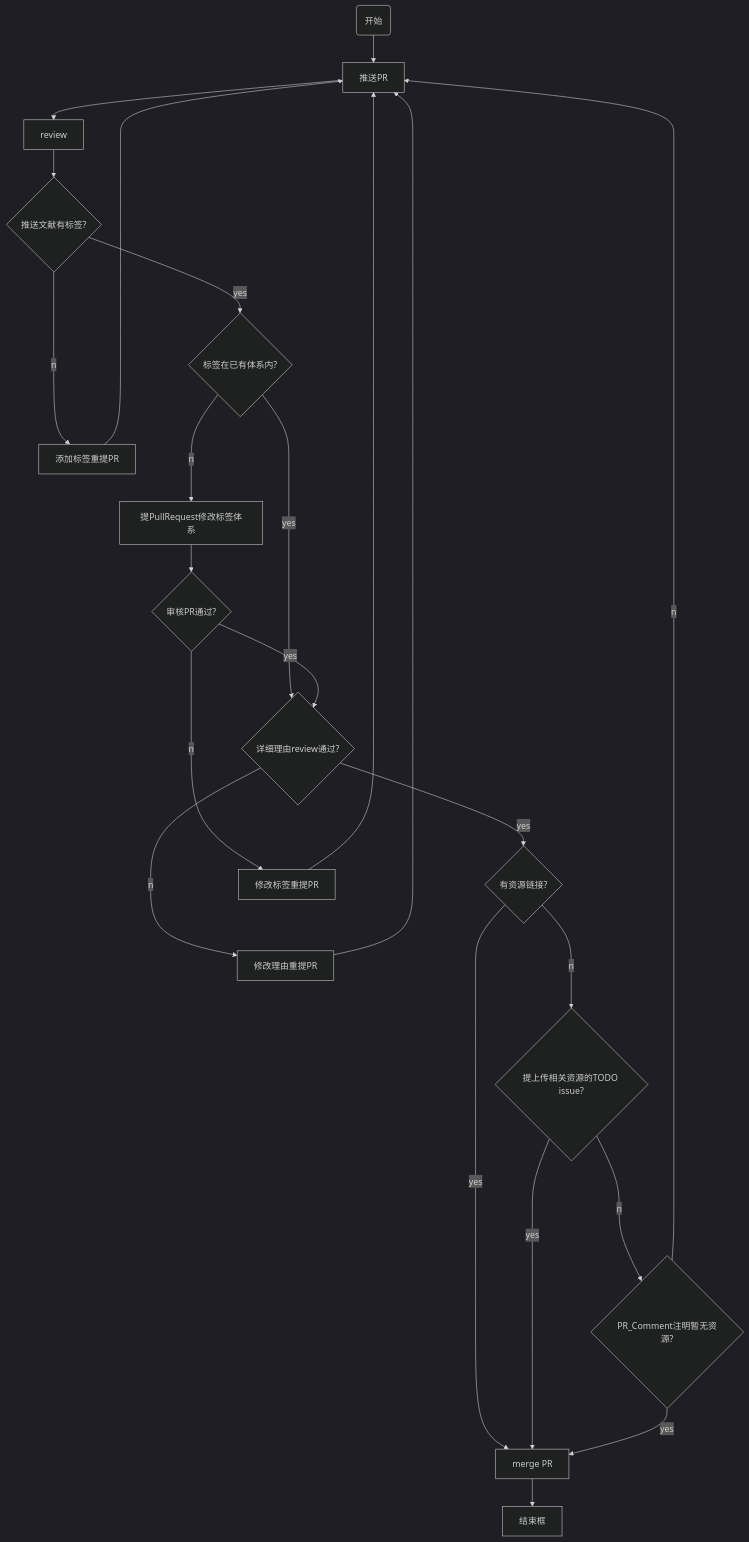
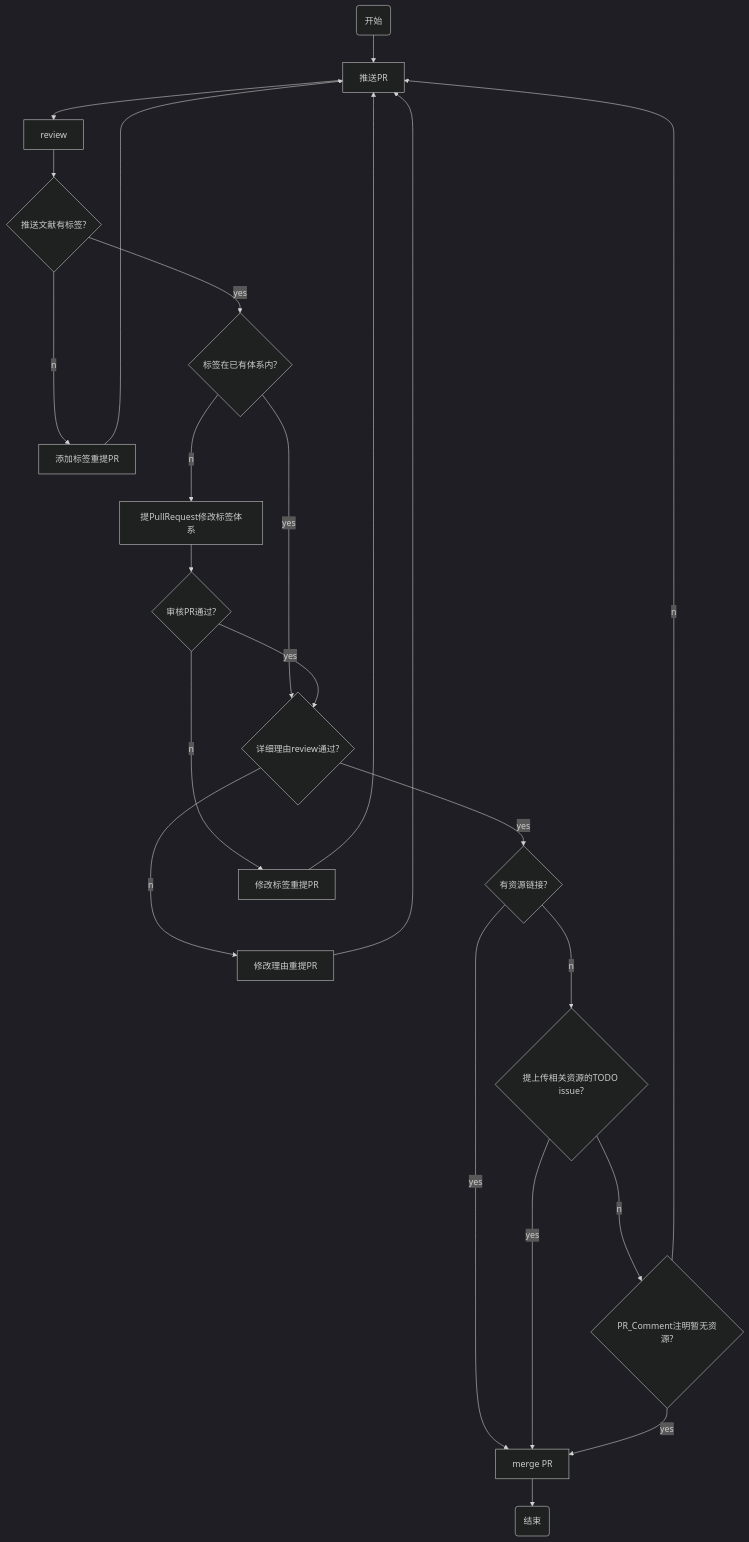
Before and after one commit to X-lab2017/open-research: the diagram in README.md, drawn with Mermaid (dark theme). The commit also changed other lines of this file and 1 other file, not shown here.

Commit message:
修改：删去MindMap/Topic.md中的（***）信息：原本用于表示最近5年内发文数量级，这里引起了markdown标记的错乱 增加：在Tags列的列名上增加分类体系和推荐原因的链接，方便查看分类树

````diff
--- a/README.md
+++ b/README.md
@@ -74,35 +74,35 @@
 ```mermaid
 flowchart TD
 	start(开始)
     op1[推送PR]
     op2[review]
     cond_a{推送文献有标签?}
     cond_b{标签在已有体系内?}
     cond_c{详细理由review通过?}
     cond_d{有资源链接?}
     op3[merge PR]
-    exit[结束框]
+    exit(结束)
 
     op_e1[添加标签重提PR]
     op_e2__op_1[提PullRequest修改标签体系]
     cond_e2__cond_a{审核PR通过?}
     op_e2__op_2[修改标签重提PR]
     op_e3[修改理由重提PR]
     cond_e4__cond_a{提上传相关资源的TODO issue?}
     cond_e4__cond_b{PR_Comment注明暂无资源?}
 
 
     start --> op1 --> op2 --> cond_a --yes--> cond_b --yes--> cond_c --yes--> cond_d --yes--> op3 --> exit
     
     cond_a --no--> op_e1 --> op1
     cond_b --no--> op_e2__op_1 --> cond_e2__cond_a
     cond_e2__cond_a --yes--> cond_c
     cond_e2__cond_a --no--> op_e2__op_2 --> op1
     cond_c --no--> op_e3 --> op1
     cond_d --no--> cond_e4__cond_a
     cond_e4__cond_a --yes--> op3
     cond_e4__cond_a --no--> cond_e4__cond_b
     cond_e4__cond_b --yes--> op3
     cond_e4__cond_b --no--> op1
    
 ```
````
